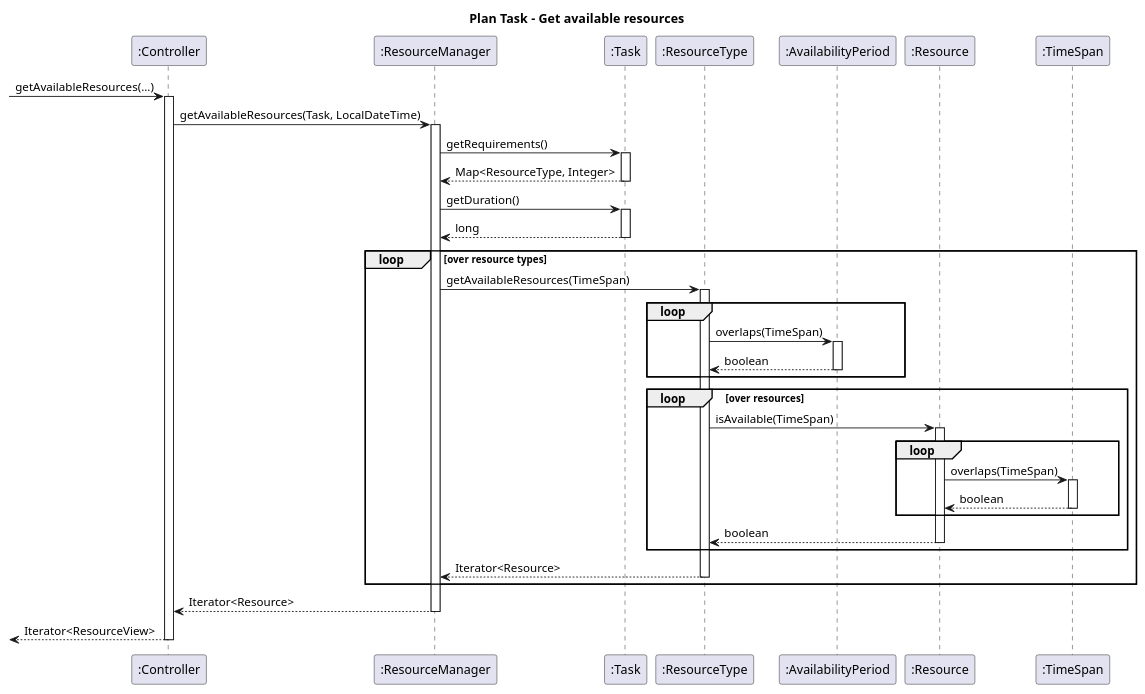
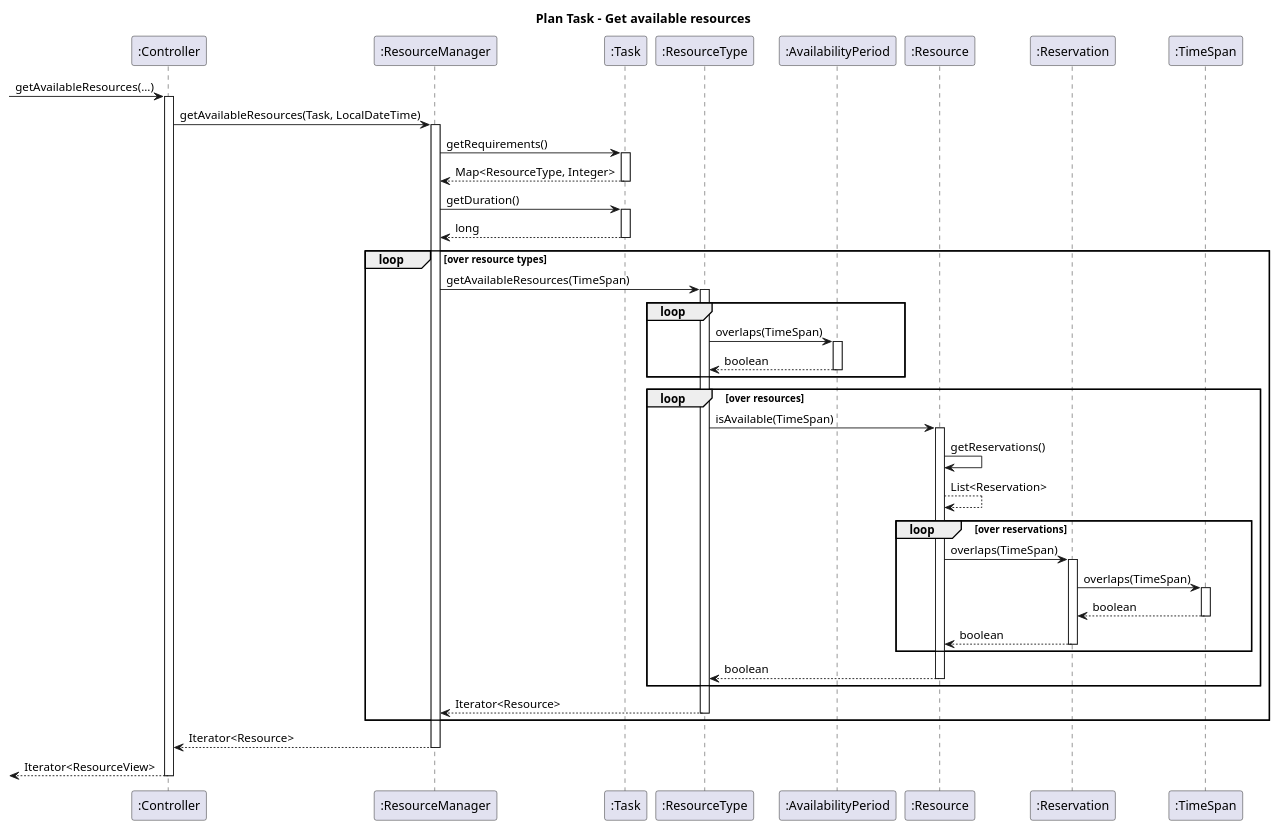
Before and after one commit to julienbenaouda/projectJJA: the diagram in diagrams/sequence_diagrams/2. Plan Task - Get available resources.plantuml, drawn with PlantUML. The commit also changed 3 other files, not shown here.

Commit message:
update sequence diagrams

```diff
--- a/diagrams/sequence_diagrams/2. Plan Task - Get available resources.plantuml
+++ b/diagrams/sequence_diagrams/2. Plan Task - Get available resources.plantuml
@@ -1,65 +1,76 @@
 @startuml
 
 title "Plan Task - Get available resources"
 
 -> ":Controller": getAvailableResources(...)
 activate ":Controller"
 
 ":Controller" -> ":ResourceManager": getAvailableResources(Task, LocalDateTime)
 activate ":ResourceManager"
 
 
 ":ResourceManager" -> ":Task": getRequirements()
 activate ":Task"
 ":Task" --> ":ResourceManager": Map<ResourceType, Integer>
 deactivate ":Task"
 
 ":ResourceManager" -> ":Task": getDuration()
 activate ":Task"
 ":Task" --> ":ResourceManager": long
 deactivate ":Task"
 
 loop over resource types
 
     ":ResourceManager" -> ":ResourceType": getAvailableResources(TimeSpan)
     activate ":ResourceType"
 
     loop
         ":ResourceType" -> ":AvailabilityPeriod": overlaps(TimeSpan)
         activate ":AvailabilityPeriod"
 
         ":AvailabilityPeriod" --> ":ResourceType": boolean
         deactivate ":AvailabilityPeriod"
     end
 
     loop over resources
 
         ":ResourceType" -> ":Resource": isAvailable(TimeSpan)
         activate ":Resource"
 
-        loop
-            ":Resource" -> ":TimeSpan": overlaps(TimeSpan)
+        ":Resource" -> ":Resource": getReservations()
+        ":Resource" --> ":Resource": List<Reservation>
+        
+        
+        loop over reservations
+        
+            ":Resource" -> ":Reservation": overlaps(TimeSpan)
+            activate ":Reservation"
+            
+            ":Reservation" -> ":TimeSpan": overlaps(TimeSpan)
             activate ":TimeSpan"
 
-            ":TimeSpan" --> ":Resource": boolean
+            ":TimeSpan" --> ":Reservation": boolean
             deactivate ":TimeSpan"
+            
+            ":Reservation"--> ":Resource": boolean
+            deactivate ":Reservation"
         end
 
         ":Resource" --> ":ResourceType": boolean
         deactivate ":Resource"
 
     end
 
     ":ResourceType" --> ":ResourceManager": Iterator<Resource>
     deactivate ":ResourceType"
 
 end
 
 
 ":ResourceManager" --> ":Controller": Iterator<Resource>
 deactivate ":ResourceManager"
 
 <-- ":Controller": Iterator<ResourceView>
 deactivate ":Controller"
 
 @enduml
```
